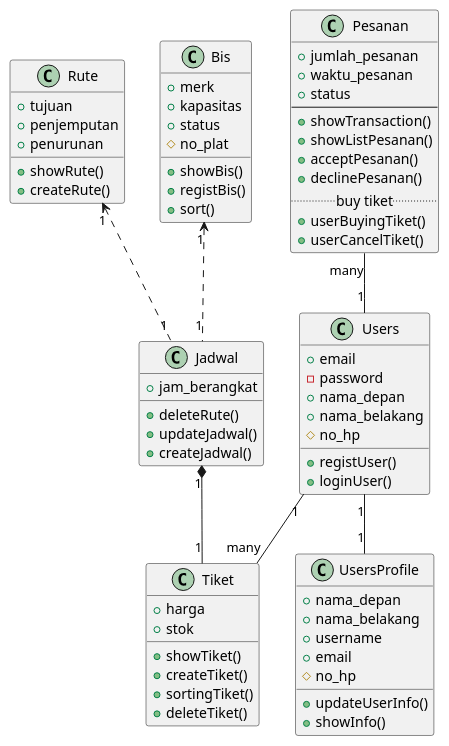
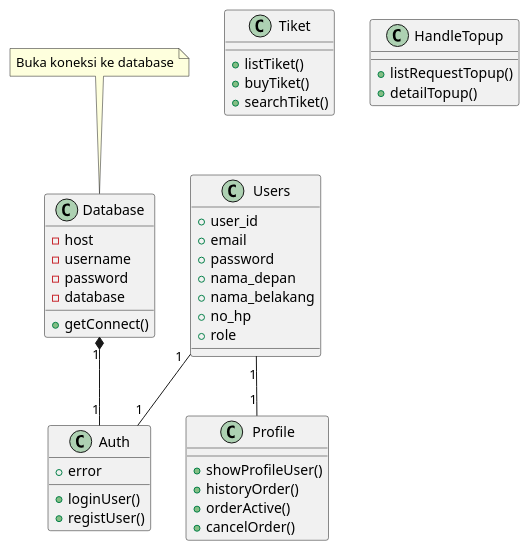
Before and after one commit to arief05652/ticket-in: the diagram in adbo/class.wsd, drawn with PlantUML. The commit also changed 9 other files, not shown here.

```diff
--- a/adbo/class.wsd
+++ b/adbo/class.wsd
@@ -1,92 +1,53 @@
 @startuml class diagram
 
-' class User
 class Users {
-    + email
-    - password
+    + user_id
+    + email 
+    + password
     + nama_depan
     + nama_belakang
-    # no_hp
-    
-    + registUser()
-    + loginUser()
+    + no_hp
+    + role
 }
 
-' class UserProfile
-class UsersProfile {
-    + nama_depan
-    + nama_belakang
-    + username
-    + email
-    # no_hp
+Users "1" -- "1" Auth
+Database "1" *-- "1" Auth
 
-    + updateUserInfo()
-    + showInfo()
+class Database {
+    - host
+    - username
+    - password
+    - database
+
+    + getConnect()
+}
+note top of Database: Buka koneksi ke database
+
+class Auth {
+    + error
+
+    + loginUser()
+    + registUser()
 }
 
-' class Jadwal
-class Jadwal {
-    + jam_berangkat
+Users "1" -- "1" Profile
 
-    + deleteRute()
-    + updateJadwal()
-    + createJadwal()
+class Profile {
+    + showProfileUser()
+    + historyOrder()
+    + orderActive()
+    + cancelOrder()
 }
 
-' class Rute
-class Rute {
-    + tujuan
-    + penjemputan
-    + penurunan
-
-    + showRute()
-    + createRute()
+class Tiket {
+    + listTiket()
+    + buyTiket()
+    + searchTiket()
 }
 
-' class Bis
-class Bis {
-    + merk
-    + kapasitas
-    + status
-    # no_plat
-
-    + showBis()
-    + registBis()
-    + sort()
+class HandleTopup {
+    + listRequestTopup()
+    + detailTopup()
 }
 
-' class Tiket
-class Tiket {
-    + harga
-    + stok 
-
-    + showTiket()
-    + createTiket()
-    + sortingTiket()
-    + deleteTiket()
-}
-
-' class Pesanan
-class Pesanan {
-    + jumlah_pesanan
-    + waktu_pesanan
-    + status
-    --
-    + showTransaction()
-    + showListPesanan()
-    + acceptPesanan()
-    + declinePesanan()
-    .. buy tiket ..
-    + userBuyingTiket()
-    + userCancelTiket()
-}
-
-' relasi class
-Jadwal "1" *-- "1" Tiket
-Rute "1" <.. "1" Jadwal
-Bis "1" <.. "1" Jadwal
-Users "1" -- "many" Tiket
-Users "1" -- "1" UsersProfile
-Pesanan "many" -- "1" Users
-
 @enduml
```
